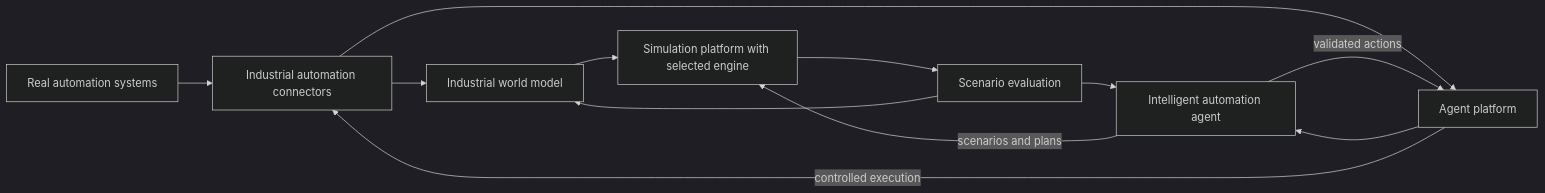
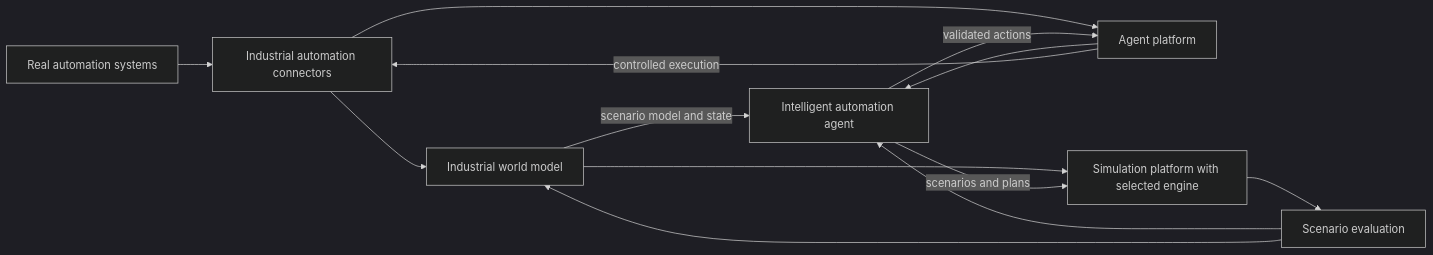
One commit to simulator-bot/.github changed the diagram in README.md. Above: the diagram before and after it, drawn with Mermaid (dark theme). The commit also changed other lines of this file and 1 other file, not shown here.

Commit message:
Document agent world model dependency

````diff
--- a/README.md
+++ b/README.md
@@ -19,14 +19,15 @@
 ```mermaid
 flowchart LR
     R[Real automation systems] --> C[Industrial automation connectors]
     C --> W[Industrial world model]
     C --> P[Agent platform]
     P --> A[Intelligent automation agent]
+    W -->|scenario model and state| A
     W --> S[Simulation platform with selected engine]
     A -->|scenarios and plans| S
     S --> E[Scenario evaluation]
     E --> A
     E --> W
     A -->|validated actions| P
     P -->|controlled execution| C
 ```
````
